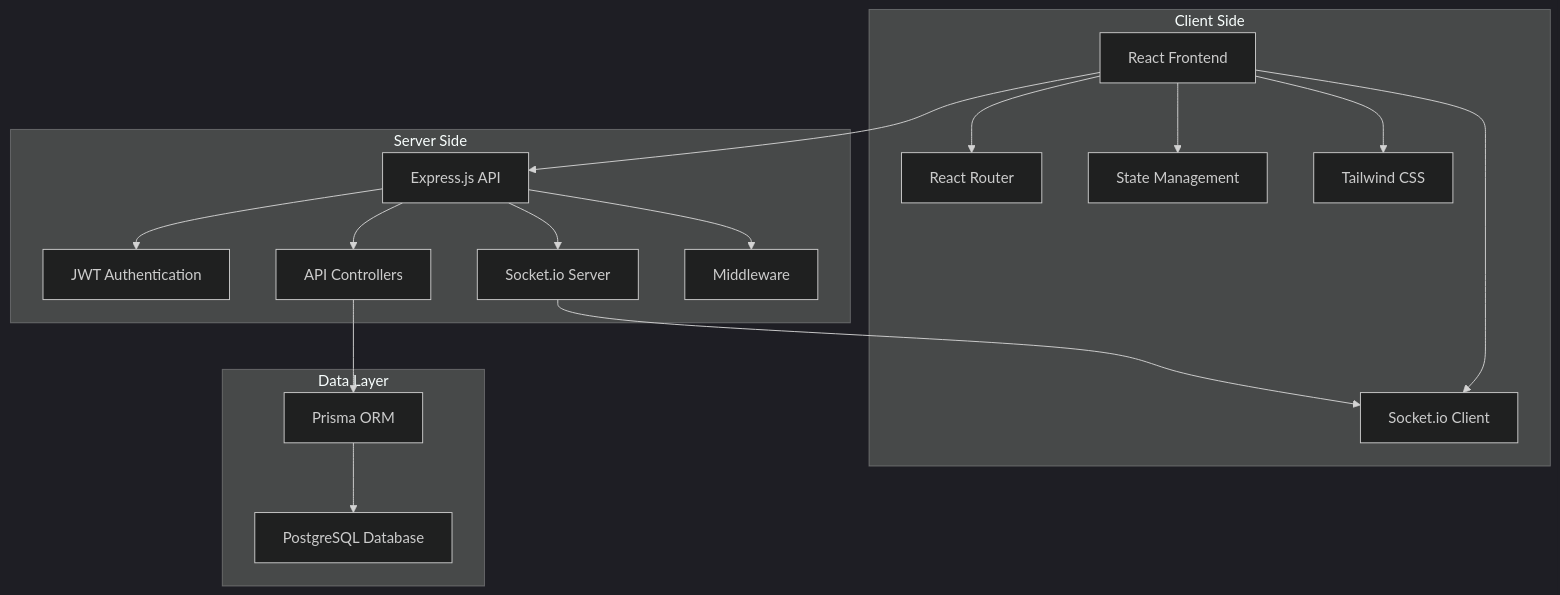
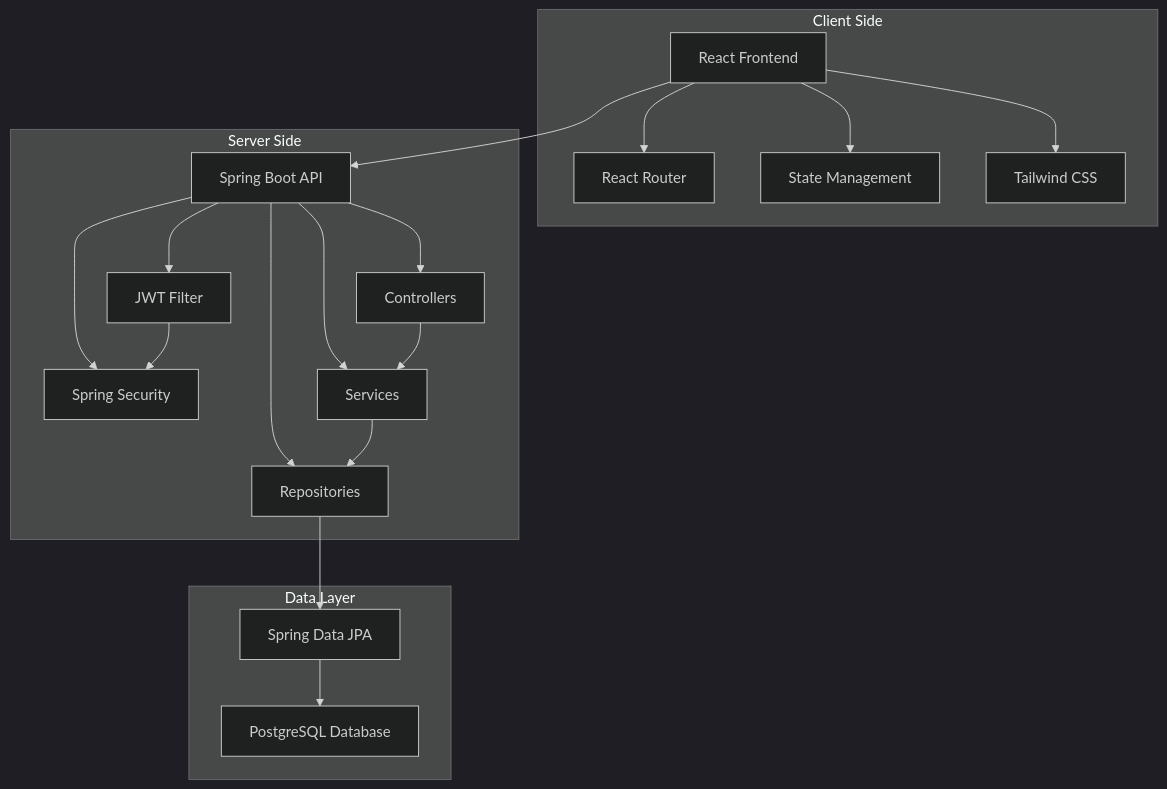
The first of 7 diagrams in system-diagrams.md (Ericfeng84/TaskManagment), drawn with Mermaid (dark theme) before and after one commit. The commit also changed other lines of this file and 68 other files, not shown here.

````diff
--- a/system-diagrams.md
+++ b/system-diagrams.md
@@ -5,26 +5,28 @@
 ```mermaid
 graph TB
     subgraph "Client Side"
         A[React Frontend] --> B[React Router]
         A --> C[State Management]
         A --> D[Tailwind CSS]
-        A --> E[Socket.io Client]
     end
     
     subgraph "Server Side"
-        F[Express.js API] --> G[JWT Authentication]
-        F --> H[Socket.io Server]
-        F --> I[API Controllers]
-        F --> J[Middleware]
+        F[Spring Boot API] --> G[Spring Security]
+        F --> I[Controllers]
+        F --> J[Services]
+        F --> K[Repositories]
+        F --> L[JWT Filter]
     end
     
     subgraph "Data Layer"
-        K[PostgreSQL Database]
-        L[Prisma ORM]
+        M[PostgreSQL Database]
+        N[Spring Data JPA]
     end
     
     A --> F
-    I --> L
-    L --> K
-    H --> E
+    I --> J
+    J --> K
+    K --> N
+    N --> M
+    L --> G
 ```
````
